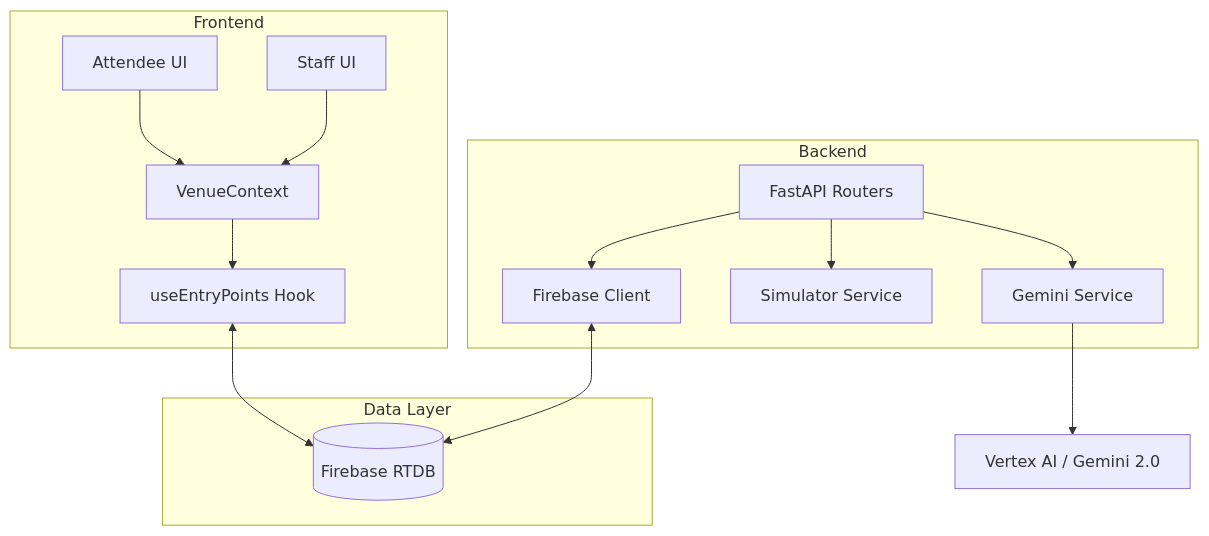
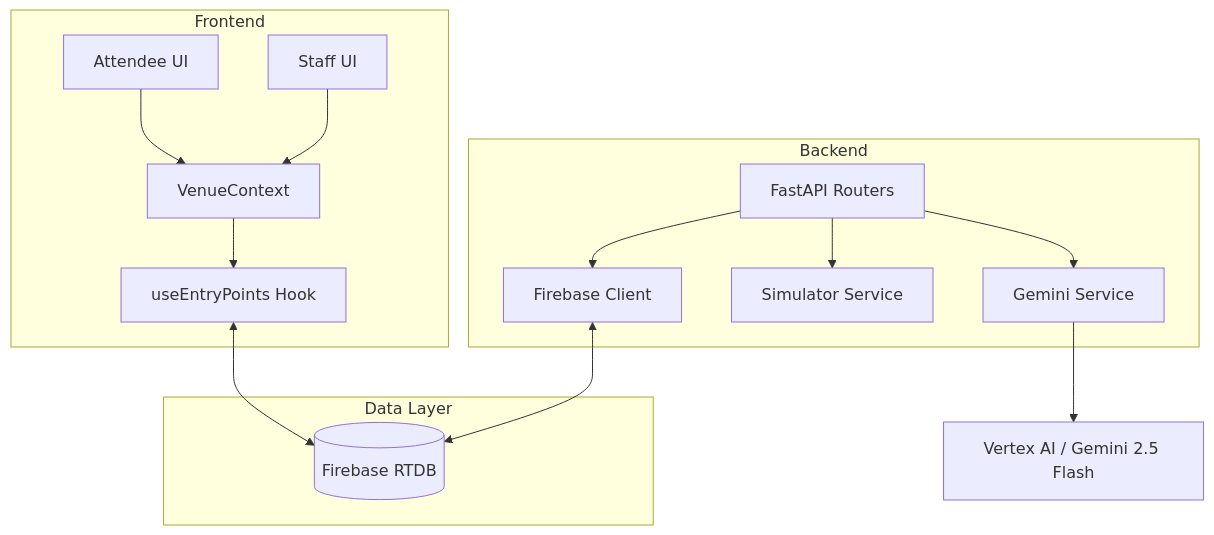
One commit to OlixIgnacious/VenueFlow changed the diagram in README.md. Above: the diagram before and after it, drawn with Mermaid. The commit also changed other lines of this file and 5 other files, not shown here.

````diff
--- a/README.md
+++ b/README.md
@@ -14,21 +14,21 @@
 ```mermaid
 graph TD
     subgraph Frontend
         A[Attendee UI] --> B[VenueContext]
         C[Staff UI] --> B
         B --> D[useEntryPoints Hook]
     end
 
     subgraph Backend
         E[FastAPI Routers] --> F[Gemini Service]
         E --> G[Simulator Service]
         E --> H[Firebase Client]
     end
 
     subgraph Data Layer
         D <--> I[(Firebase RTDB)]
         H <--> I
     end
 
-    F --> J[Vertex AI / Gemini 2.0]
+    F --> J[Vertex AI / Gemini 2.5 Flash]
 ```
````
